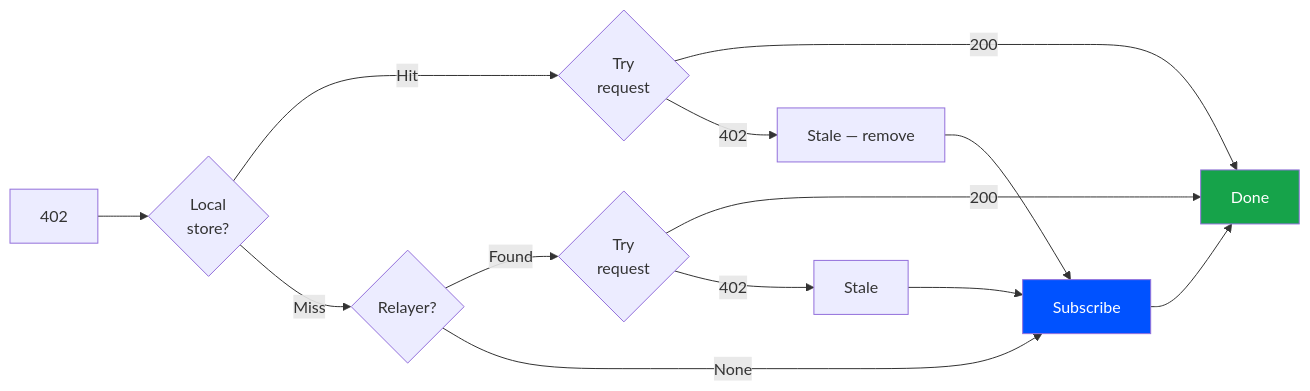
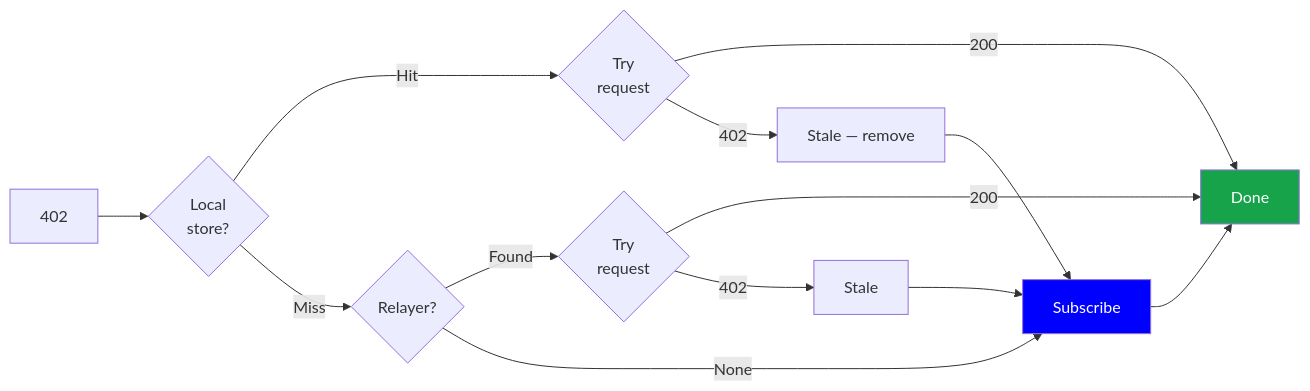
Before and after one commit to apeoverflow/Auto-Pay-Protocol: the sixth of 12 diagrams in documentation/AGENT_ARCHITECTURE.md, drawn with Mermaid. The commit also changed other lines of this file and 28 other files, not shown here.

````diff
--- a/documentation/AGENT_ARCHITECTURE.md
+++ b/documentation/AGENT_ARCHITECTURE.md
@@ -242,20 +242,20 @@
 ```mermaid
 flowchart LR
     A[402] --> B{Local<br/>store?}
     B -->|Hit| C{Try<br/>request}
     C -->|200| D[Done]
     C -->|402| E[Stale — remove]
 
     B -->|Miss| F{Relayer?}
     F -->|Found| G{Try<br/>request}
     G -->|200| D
     G -->|402| H[Stale]
 
     F -->|None| I[Subscribe]
     E --> I
     H --> I
     I --> D
 
     style D fill:#16A34A,color:#fff
-    style I fill:#0052FF,color:#fff
+    style I fill:#0000FF,color:#fff
 ```
````
